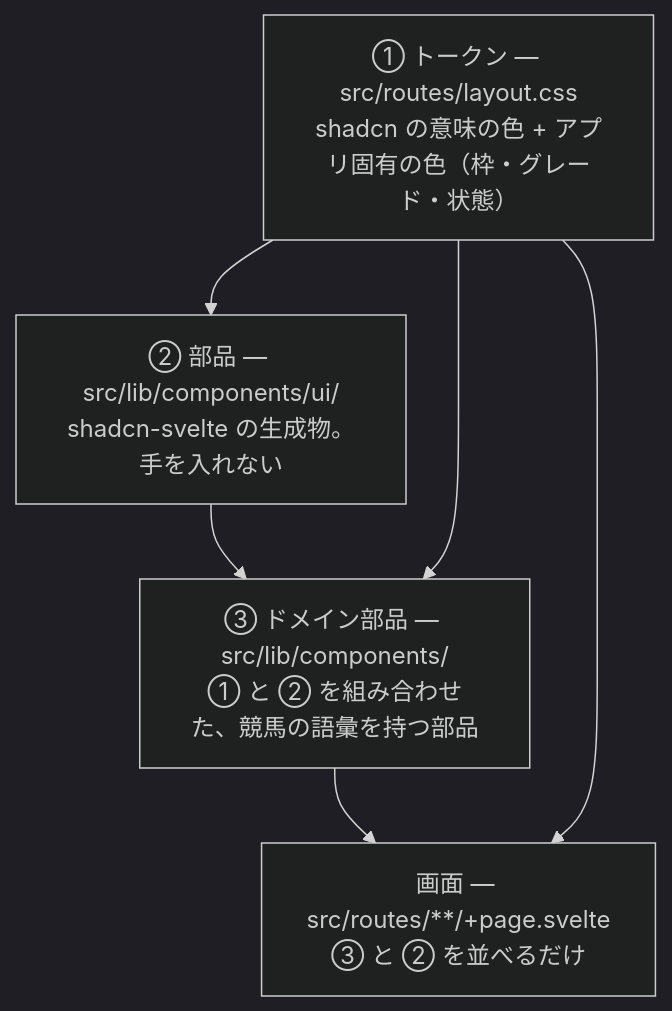
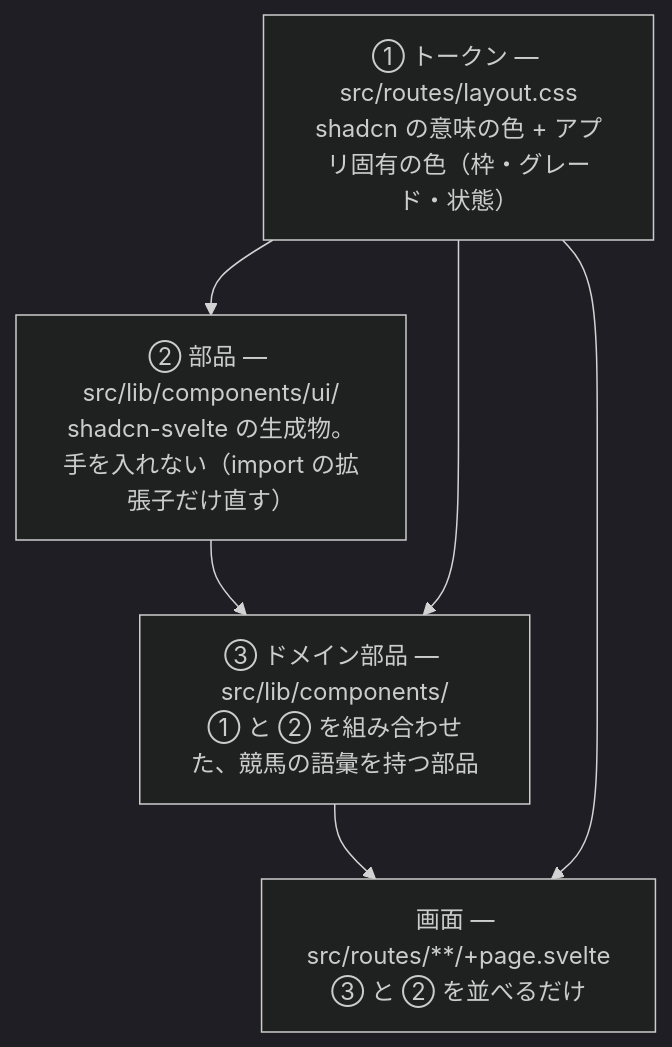
The diagram in docs/design-system.md (Atoyr/keiba-note), drawn with Mermaid (dark theme) before and after one commit. The commit also changed other lines of this file and 4 other files, not shown here.

Commit message:
docs: レビューの指摘を直す（shadcn の生成物の例外・scripts の import・注釈）

````diff
--- a/docs/design-system.md
+++ b/docs/design-system.md
@@ -21,10 +21,10 @@
 ```mermaid
 flowchart TB
     T["① トークン — src/routes/layout.css<br/>shadcn の意味の色 + アプリ固有の色（枠・グレード・状態）"]
-    P["② 部品 — src/lib/components/ui/<br/>shadcn-svelte の生成物。手を入れない"]
+    P["② 部品 — src/lib/components/ui/<br/>shadcn-svelte の生成物。手を入れない（import の拡張子だけ直す）"]
     D["③ ドメイン部品 — src/lib/components/<br/>① と ② を組み合わせた、競馬の語彙を持つ部品"]
     S["画面 — src/routes/**/+page.svelte<br/>③ と ② を並べるだけ"]
     T --> P --> D --> S
     T --> D
     T --> S
 ```
````
